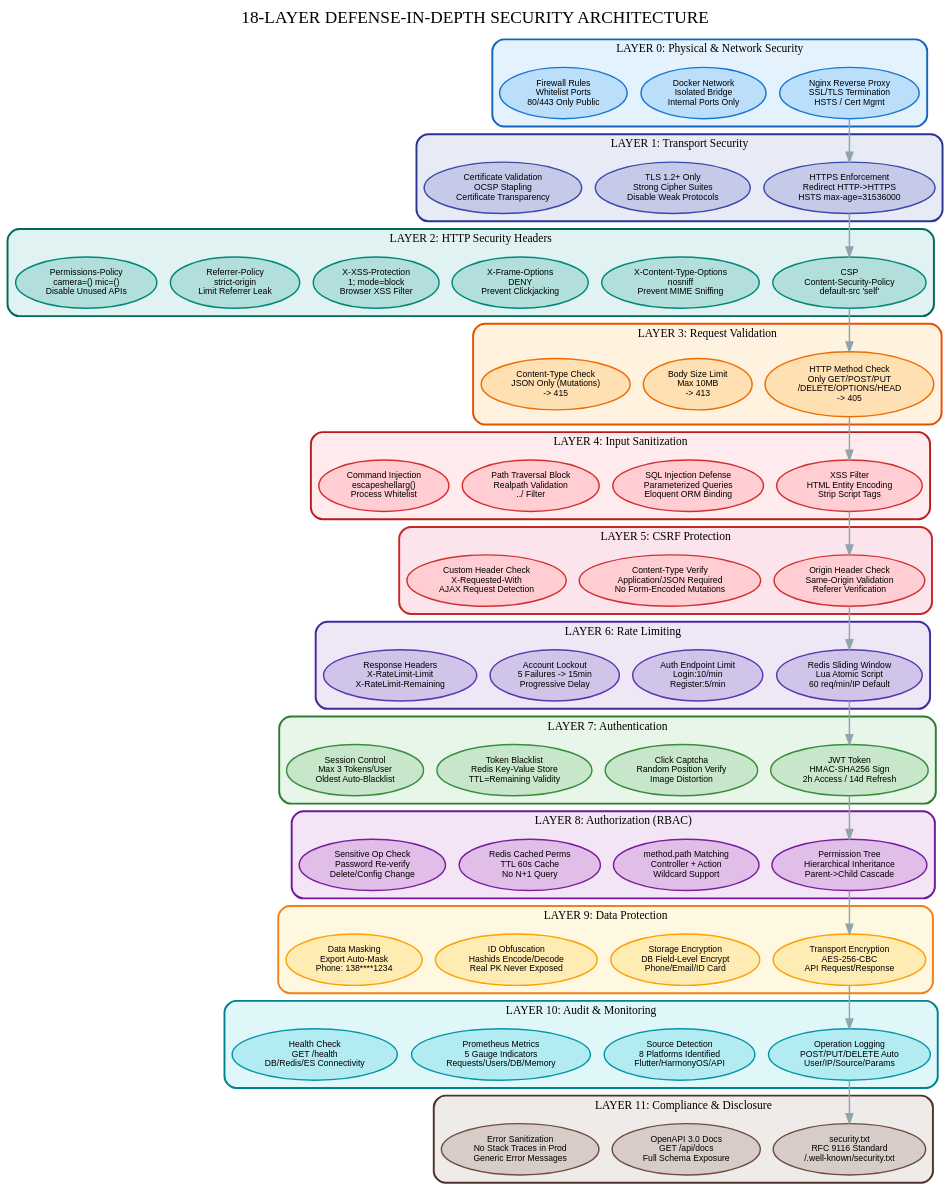
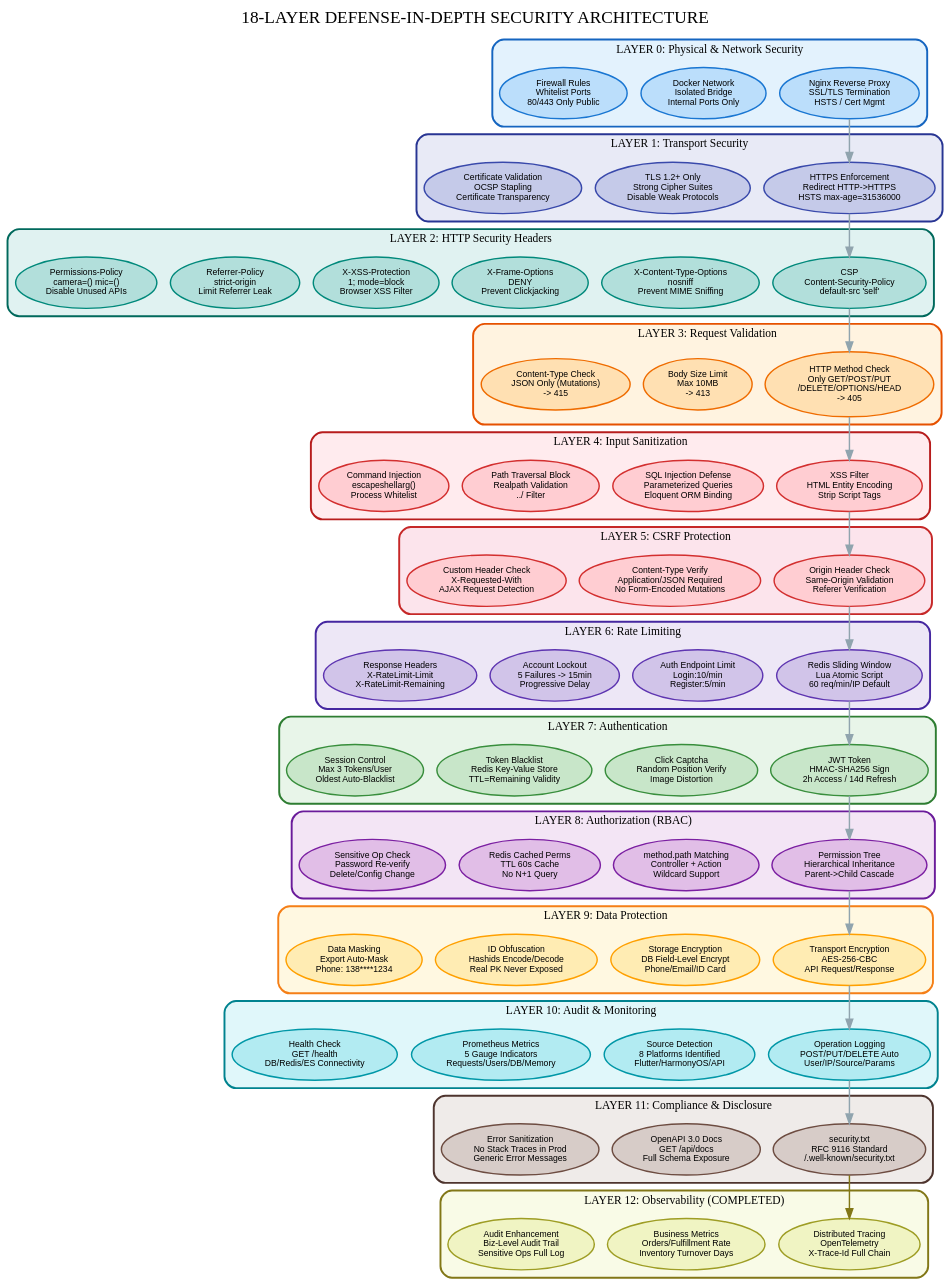
The diagram in docs/diagrams/security-architecture.dot (erikwang2013/erp-php), drawn with Graphviz before and after one commit. The commit also changed 88 other files, not shown here.

```diff
--- a/docs/diagrams/security-architecture.dot
+++ b/docs/diagrams/security-architecture.dot
@@ -1,158 +1,170 @@
 digraph SecurityArchitecture {
     rankdir=TB;
     fontname="Arial";
     fontsize=14;
     bgcolor="transparent";
     nodesep=0.2;
     ranksep=0.3;
     compound=true;
 
     node [fontname="Arial", fontsize=9, style="filled,rounded", penwidth=1.5];
 
     label="18-LAYER DEFENSE-IN-DEPTH SECURITY ARCHITECTURE";
     fontsize=18;
     fontname="Arial Bold";
     labelloc="t";
 
     // Layer 0
     subgraph cluster_L0 {
         label="LAYER 0: Physical & Network Security";
         fontsize=12; fontname="Arial Bold";
         style="filled,rounded"; fillcolor="#e3f2fd"; color="#1565c0"; penwidth=2;
         L0a [label="Nginx Reverse Proxy\nSSL/TLS Termination\nHSTS / Cert Mgmt", fillcolor="#bbdefb", color="#1976d2"];
         L0b [label="Docker Network\nIsolated Bridge\nInternal Ports Only", fillcolor="#bbdefb", color="#1976d2"];
         L0c [label="Firewall Rules\nWhitelist Ports\n80/443 Only Public", fillcolor="#bbdefb", color="#1976d2"];
     }
 
     // Layer 1
     subgraph cluster_L1 {
         label="LAYER 1: Transport Security";
         fontsize=12; fontname="Arial Bold";
         style="filled,rounded"; fillcolor="#e8eaf6"; color="#283593"; penwidth=2;
         L1a [label="HTTPS Enforcement\nRedirect HTTP->HTTPS\nHSTS max-age=31536000", fillcolor="#c5cae9", color="#3949ab"];
         L1b [label="TLS 1.2+ Only\nStrong Cipher Suites\nDisable Weak Protocols", fillcolor="#c5cae9", color="#3949ab"];
         L1c [label="Certificate Validation\nOCSP Stapling\nCertificate Transparency", fillcolor="#c5cae9", color="#3949ab"];
     }
 
     // Layer 2
     subgraph cluster_L2 {
         label="LAYER 2: HTTP Security Headers";
         fontsize=12; fontname="Arial Bold";
         style="filled,rounded"; fillcolor="#e0f2f1"; color="#00695c"; penwidth=2;
         L2a [label="CSP\nContent-Security-Policy\ndefault-src 'self'", fillcolor="#b2dfdb", color="#00897b"];
         L2b [label="X-Content-Type-Options\nnosniff\nPrevent MIME Sniffing", fillcolor="#b2dfdb", color="#00897b"];
         L2c [label="X-Frame-Options\nDENY\nPrevent Clickjacking", fillcolor="#b2dfdb", color="#00897b"];
         L2d [label="X-XSS-Protection\n1; mode=block\nBrowser XSS Filter", fillcolor="#b2dfdb", color="#00897b"];
         L2e [label="Referrer-Policy\nstrict-origin\nLimit Referrer Leak", fillcolor="#b2dfdb", color="#00897b"];
         L2f [label="Permissions-Policy\ncamera=() mic=()\nDisable Unused APIs", fillcolor="#b2dfdb", color="#00897b"];
     }
 
     // Layer 3
     subgraph cluster_L3 {
         label="LAYER 3: Request Validation";
         fontsize=12; fontname="Arial Bold";
         style="filled,rounded"; fillcolor="#fff3e0"; color="#e65100"; penwidth=2;
         L3a [label="HTTP Method Check\nOnly GET/POST/PUT\n/DELETE/OPTIONS/HEAD\n-> 405", fillcolor="#ffe0b2", color="#ef6c00"];
         L3b [label="Body Size Limit\nMax 10MB\n-> 413", fillcolor="#ffe0b2", color="#ef6c00"];
         L3c [label="Content-Type Check\nJSON Only (Mutations)\n-> 415", fillcolor="#ffe0b2", color="#ef6c00"];
     }
 
     // Layer 4
     subgraph cluster_L4 {
         label="LAYER 4: Input Sanitization";
         fontsize=12; fontname="Arial Bold";
         style="filled,rounded"; fillcolor="#ffebee"; color="#b71c1c"; penwidth=2;
         L4a [label="XSS Filter\nHTML Entity Encoding\nStrip Script Tags", fillcolor="#ffcdd2", color="#d32f2f"];
         L4b [label="SQL Injection Defense\nParameterized Queries\nEloquent ORM Binding", fillcolor="#ffcdd2", color="#d32f2f"];
         L4c [label="Path Traversal Block\nRealpath Validation\n../ Filter", fillcolor="#ffcdd2", color="#d32f2f"];
         L4d [label="Command Injection\nescapeshellarg()\nProcess Whitelist", fillcolor="#ffcdd2", color="#d32f2f"];
     }
 
     // Layer 5
     subgraph cluster_L5 {
         label="LAYER 5: CSRF Protection";
         fontsize=12; fontname="Arial Bold";
         style="filled,rounded"; fillcolor="#fce4ec"; color="#c62828"; penwidth=2;
         L5a [label="Origin Header Check\nSame-Origin Validation\nReferer Verification", fillcolor="#ffcdd2", color="#d32f2f"];
         L5b [label="Content-Type Verify\nApplication/JSON Required\nNo Form-Encoded Mutations", fillcolor="#ffcdd2", color="#d32f2f"];
         L5c [label="Custom Header Check\nX-Requested-With\nAJAX Request Detection", fillcolor="#ffcdd2", color="#d32f2f"];
     }
 
     // Layer 6
     subgraph cluster_L6 {
         label="LAYER 6: Rate Limiting";
         fontsize=12; fontname="Arial Bold";
         style="filled,rounded"; fillcolor="#ede7f6"; color="#4527a0"; penwidth=2;
         L6a [label="Redis Sliding Window\nLua Atomic Script\n60 req/min/IP Default", fillcolor="#d1c4e9", color="#5e35b1"];
         L6b [label="Auth Endpoint Limit\nLogin:10/min\nRegister:5/min", fillcolor="#d1c4e9", color="#5e35b1"];
         L6c [label="Account Lockout\n5 Failures -> 15min\nProgressive Delay", fillcolor="#d1c4e9", color="#5e35b1"];
         L6d [label="Response Headers\nX-RateLimit-Limit\nX-RateLimit-Remaining", fillcolor="#d1c4e9", color="#5e35b1"];
     }
 
     // Layer 7
     subgraph cluster_L7 {
         label="LAYER 7: Authentication";
         fontsize=12; fontname="Arial Bold";
         style="filled,rounded"; fillcolor="#e8f5e9"; color="#2e7d32"; penwidth=2;
         L7a [label="JWT Token\nHMAC-SHA256 Sign\n2h Access / 14d Refresh", fillcolor="#c8e6c9", color="#388e3c"];
         L7b [label="Click Captcha\nRandom Position Verify\nImage Distortion", fillcolor="#c8e6c9", color="#388e3c"];
         L7c [label="Token Blacklist\nRedis Key-Value Store\nTTL=Remaining Validity", fillcolor="#c8e6c9", color="#388e3c"];
         L7d [label="Session Control\nMax 3 Tokens/User\nOldest Auto-Blacklist", fillcolor="#c8e6c9", color="#388e3c"];
     }
 
     // Layer 8
     subgraph cluster_L8 {
         label="LAYER 8: Authorization (RBAC)";
         fontsize=12; fontname="Arial Bold";
         style="filled,rounded"; fillcolor="#f3e5f5"; color="#6a1b9a"; penwidth=2;
         L8a [label="Permission Tree\nHierarchical Inheritance\nParent->Child Cascade", fillcolor="#e1bee7", color="#7b1fa2"];
         L8b [label="method.path Matching\nController + Action\nWildcard Support", fillcolor="#e1bee7", color="#7b1fa2"];
         L8c [label="Redis Cached Perms\nTTL 60s Cache\nNo N+1 Query", fillcolor="#e1bee7", color="#7b1fa2"];
         L8d [label="Sensitive Op Check\nPassword Re-verify\nDelete/Config Change", fillcolor="#e1bee7", color="#7b1fa2"];
     }
 
     // Layer 9
     subgraph cluster_L9 {
         label="LAYER 9: Data Protection";
         fontsize=12; fontname="Arial Bold";
         style="filled,rounded"; fillcolor="#fff8e1"; color="#f57f17"; penwidth=2;
         L9a [label="Transport Encryption\nAES-256-CBC\nAPI Request/Response", fillcolor="#ffecb3", color="#ffa000"];
         L9b [label="Storage Encryption\nDB Field-Level Encrypt\nPhone/Email/ID Card", fillcolor="#ffecb3", color="#ffa000"];
         L9c [label="ID Obfuscation\nHashids Encode/Decode\nReal PK Never Exposed", fillcolor="#ffecb3", color="#ffa000"];
         L9d [label="Data Masking\nExport Auto-Mask\nPhone: 138****1234", fillcolor="#ffecb3", color="#ffa000"];
     }
 
     // Layer 10
     subgraph cluster_L10 {
         label="LAYER 10: Audit & Monitoring";
         fontsize=12; fontname="Arial Bold";
         style="filled,rounded"; fillcolor="#e0f7fa"; color="#00838f"; penwidth=2;
         L10a [label="Operation Logging\nPOST/PUT/DELETE Auto\nUser/IP/Source/Params", fillcolor="#b2ebf2", color="#0097a7"];
         L10b [label="Source Detection\n8 Platforms Identified\nFlutter/HarmonyOS/API", fillcolor="#b2ebf2", color="#0097a7"];
         L10c [label="Prometheus Metrics\n5 Gauge Indicators\nRequests/Users/DB/Memory", fillcolor="#b2ebf2", color="#0097a7"];
         L10d [label="Health Check\nGET /health\nDB/Redis/ES Connectivity", fillcolor="#b2ebf2", color="#0097a7"];
     }
 
     // Layer 11
     subgraph cluster_L11 {
         label="LAYER 11: Compliance & Disclosure";
         fontsize=12; fontname="Arial Bold";
         style="filled,rounded"; fillcolor="#efebe9"; color="#4e342e"; penwidth=2;
         L11a [label="security.txt\nRFC 9116 Standard\n/.well-known/security.txt", fillcolor="#d7ccc8", color="#6d4c41"];
         L11b [label="OpenAPI 3.0 Docs\nGET /api/docs\nFull Schema Exposure", fillcolor="#d7ccc8", color="#6d4c41"];
         L11c [label="Error Sanitization\nNo Stack Traces in Prod\nGeneric Error Messages", fillcolor="#d7ccc8", color="#6d4c41"];
     }
 
     // Chain edges
     L0a -> L1a [color="#90a4ae", penwidth=1.5];
     L1a -> L2a [color="#90a4ae", penwidth=1.5];
     L2a -> L3a [color="#90a4ae", penwidth=1.5];
     L3a -> L4a [color="#90a4ae", penwidth=1.5];
     L4a -> L5a [color="#90a4ae", penwidth=1.5];
     L5a -> L6a [color="#90a4ae", penwidth=1.5];
     L6a -> L7a [color="#90a4ae", penwidth=1.5];
     L7a -> L8a [color="#90a4ae", penwidth=1.5];
     L8a -> L9a [color="#90a4ae", penwidth=1.5];
     L9a -> L10a [color="#90a4ae", penwidth=1.5];
     L10a -> L11a [color="#90a4ae", penwidth=1.5];
+
+    // Layer 12
+    subgraph cluster_L12 {
+        label="LAYER 12: Observability (COMPLETED)";
+        fontsize=12; fontname="Arial Bold";
+        style="filled,rounded"; fillcolor="#f9fbe7"; color="#827717"; penwidth=2;
+        L12a [label="Distributed Tracing\nOpenTelemetry\nX-Trace-Id Full Chain", fillcolor="#f0f4c3", color="#9e9d24"];
+        L12b [label="Business Metrics\nOrders/Fulfillment Rate\nInventory Turnover Days", fillcolor="#f0f4c3", color="#9e9d24"];
+        L12c [label="Audit Enhancement\nBiz-Level Audit Trail\nSensitive Ops Full Log", fillcolor="#f0f4c3", color="#9e9d24"];
+    }
+
+    L11a -> L12a [color="#827717", penwidth=1.5];
 }
```
